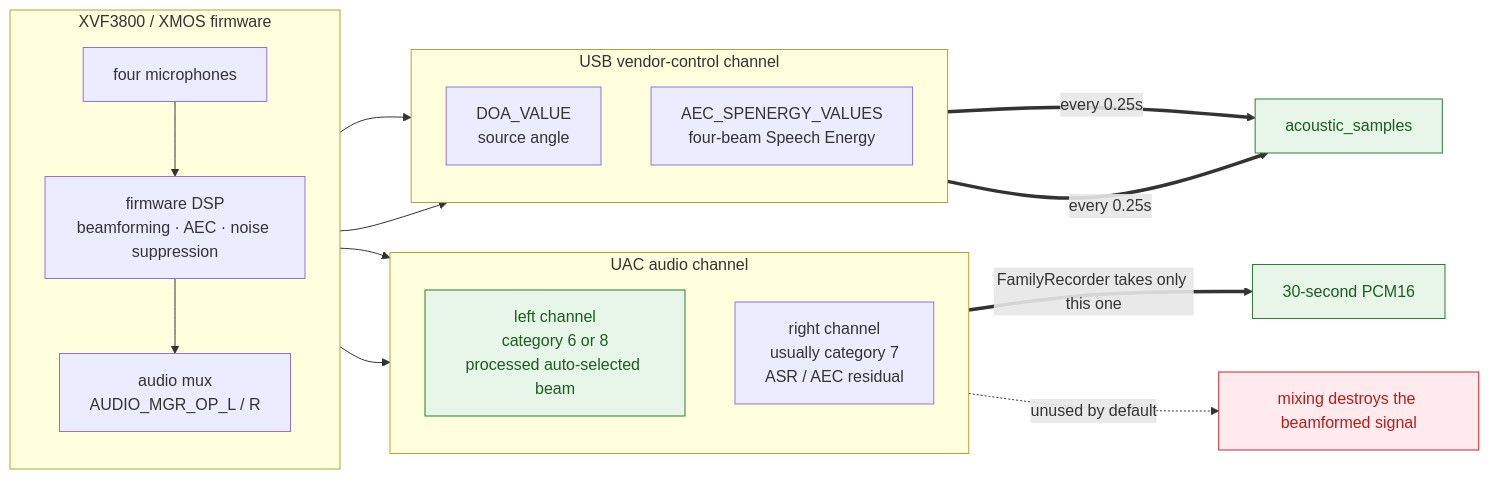
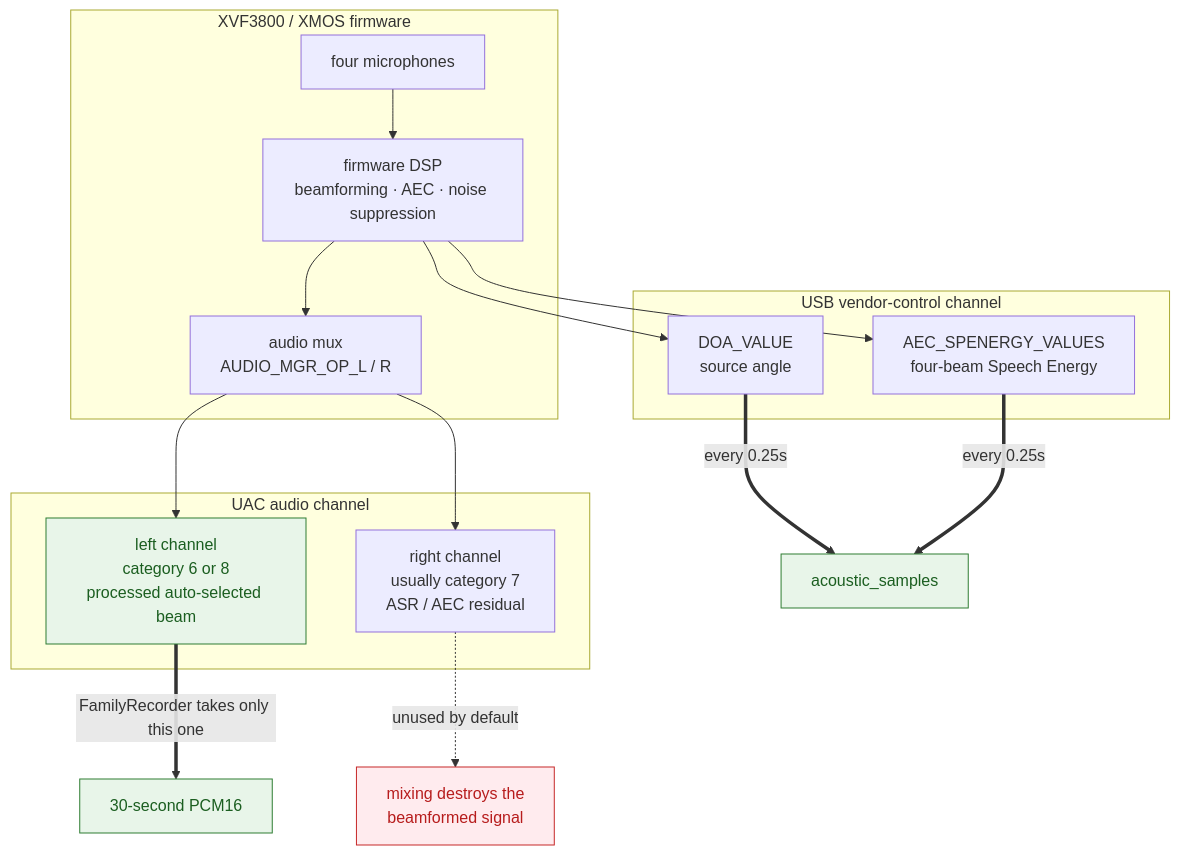
One commit to pcpcchen-coder/FamilyRecorder changed the diagram in docs/hardware.en.md. Above: the diagram before and after it, drawn with Mermaid. The commit also changed 25 other files, not shown here.

````diff
--- a/docs/hardware.en.md
+++ b/docs/hardware.en.md
@@ -22,36 +22,29 @@
 ```mermaid
-flowchart LR
+flowchart TB
     subgraph DEV["XVF3800 / XMOS firmware"]
-        direction TB
-        MICS["four microphones"]
-        DSP["firmware DSP<br/>beamforming · AEC · noise suppression"]
-        MUX["audio mux<br/>AUDIO_MGR_OP_L / R"]
-        MICS --> DSP --> MUX
+        MICS["four microphones"] --> DSP["firmware DSP<br/>beamforming · AEC · noise suppression"]
+        DSP --> MUX["audio mux<br/>AUDIO_MGR_OP_L / R"]
     end
 
     subgraph CH["UAC audio channel"]
-        direction TB
         LCH["left channel<br/>category 6 or 8<br/>processed auto-selected beam"]
         RCH["right channel<br/>usually category 7<br/>ASR / AEC residual"]
     end
 
     subgraph TELE["USB vendor-control channel"]
-        direction TB
         DOA["DOA_VALUE<br/>source angle"]
         SPE["AEC_SPENERGY_VALUES<br/>four-beam Speech Energy"]
     end
 
-    MUX --> LCH
-    MUX --> RCH
-    DSP --> DOA
-    DSP --> SPE
+    MUX --> LCH & RCH
+    DSP --> DOA & SPE
 
     LCH ==>|"FamilyRecorder takes only this one"| USE["30-second PCM16"]
-    RCH -.->|"unused by default"| X["mixing destroys the beamformed signal"]
+    RCH -.->|"unused by default"| X["mixing destroys the<br/>beamformed signal"]
     DOA & SPE ==>|"every 0.25s"| TEL["acoustic_samples"]
 
     classDef good fill:#e8f5e9,stroke:#2e7d32,color:#1b5e20
     classDef bad fill:#ffebee,stroke:#c62828,color:#b71c1c
     class LCH,USE,TEL good
     class X bad
 ```
````
